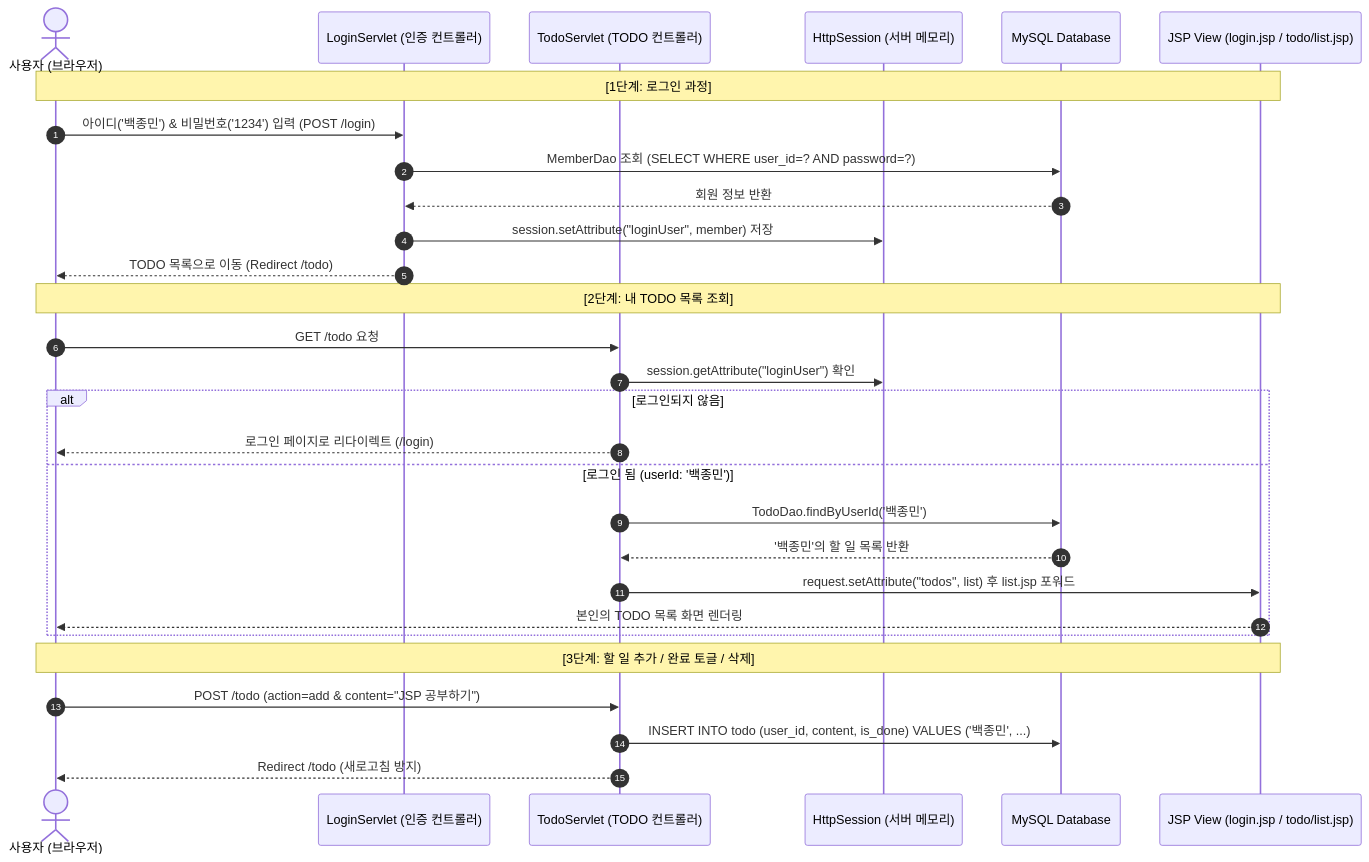
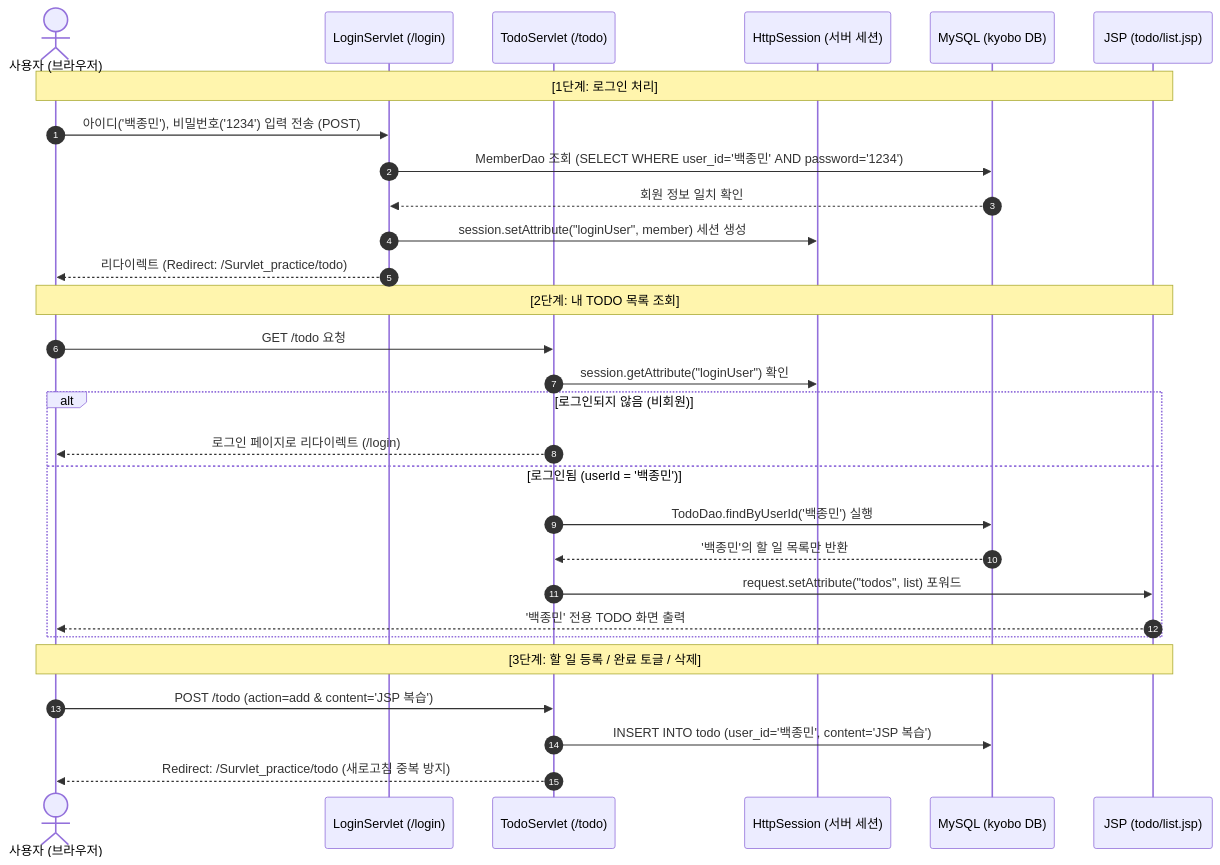
The diagram in JSP_TODO_LOGIN_GUIDE.md (jackbongmin/Survlet_practice), drawn with Mermaid before and after one commit. The commit also changed other lines of this file and 2 other files, not shown here.

Commit message:
feat: 가이드 문서 수정 및 gradle에 sql tomcat 추가

````diff
--- a/JSP_TODO_LOGIN_GUIDE.md
+++ b/JSP_TODO_LOGIN_GUIDE.md
@@ -60,34 +71,34 @@
 ```mermaid
 sequenceDiagram
     autonumber
     actor User as 사용자 (브라우저)
-    participant LoginServlet as LoginServlet (인증 컨트롤러)
-    participant TodoServlet as TodoServlet (TODO 컨트롤러)
-    participant Session as HttpSession (서버 메모리)
-    participant DB as MySQL Database
-    participant View as JSP View (login.jsp / todo/list.jsp)
+    participant LoginServlet as LoginServlet (/login)
+    participant TodoServlet as TodoServlet (/todo)
+    participant Session as HttpSession (서버 세션)
+    participant DB as MySQL (kyobo DB)
+    participant View as JSP (todo/list.jsp)
 
-    Note over User, View: [1단계: 로그인 과정]
-    User->>LoginServlet: 아이디('백종민') & 비밀번호('1234') 입력 (POST /login)
-    LoginServlet->>DB: MemberDao 조회 (SELECT WHERE user_id=? AND password=?)
-    DB-->>LoginServlet: 회원 정보 반환
-    LoginServlet->>Session: session.setAttribute("loginUser", member) 저장
-    LoginServlet-->>User: TODO 목록으로 이동 (Redirect /todo)
+    Note over User, View: [1단계: 로그인 처리]
+    User->>LoginServlet: 아이디('백종민'), 비밀번호('1234') 입력 전송 (POST)
+    LoginServlet->>DB: MemberDao 조회 (SELECT WHERE user_id='백종민' AND password='1234')
+    DB-->>LoginServlet: 회원 정보 일치 확인
+    LoginServlet->>Session: session.setAttribute("loginUser", member) 세션 생성
+    LoginServlet-->>User: 리다이렉트 (Redirect: /Survlet_practice/todo)
 
     Note over User, View: [2단계: 내 TODO 목록 조회]
     User->>TodoServlet: GET /todo 요청
     TodoServlet->>Session: session.getAttribute("loginUser") 확인
-    alt 로그인되지 않음
+    alt 로그인되지 않음 (비회원)
         TodoServlet-->>User: 로그인 페이지로 리다이렉트 (/login)
-    else 로그인 됨 (userId: '백종민')
-        TodoServlet->>DB: TodoDao.findByUserId('백종민')
-        DB-->>TodoServlet: '백종민'의 할 일 목록 반환
-        TodoServlet->>View: request.setAttribute("todos", list) 후 list.jsp 포워드
-        View-->>User: 본인의 TODO 목록 화면 렌더링
+    else 로그인됨 (userId = '백종민')
+        TodoServlet->>DB: TodoDao.findByUserId('백종민') 실행
+        DB-->>TodoServlet: '백종민'의 할 일 목록만 반환
+        TodoServlet->>View: request.setAttribute("todos", list) 포워드
+        View-->>User: '백종민' 전용 TODO 화면 출력
     end
 
-    Note over User, View: [3단계: 할 일 추가 / 완료 토글 / 삭제]
-    User->>TodoServlet: POST /todo (action=add & content="JSP 공부하기")
-    TodoServlet->>DB: INSERT INTO todo (user_id, content, is_done) VALUES ('백종민', ...)
-    TodoServlet-->>User: Redirect /todo (새로고침 방지)
+    Note over User, View: [3단계: 할 일 등록 / 완료 토글 / 삭제]
+    User->>TodoServlet: POST /todo (action=add & content='JSP 복습')
+    TodoServlet->>DB: INSERT INTO todo (user_id='백종민', content='JSP 복습')
+    TodoServlet-->>User: Redirect: /Survlet_practice/todo (새로고침 중복 방지)
 ```
````
